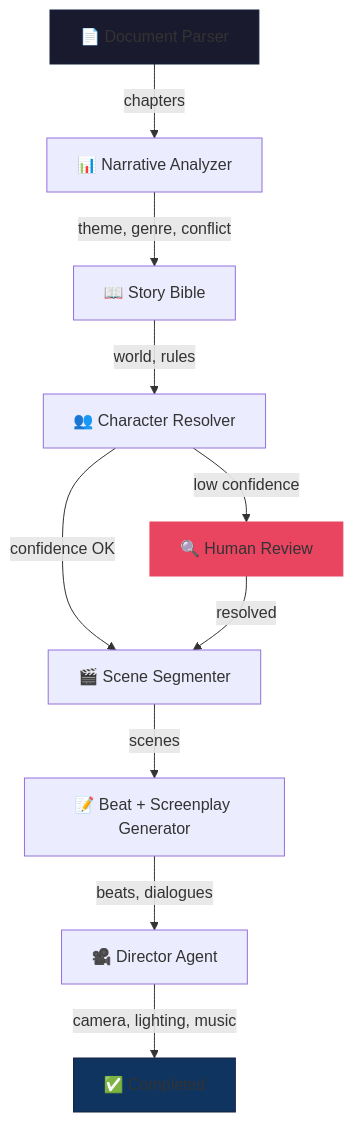
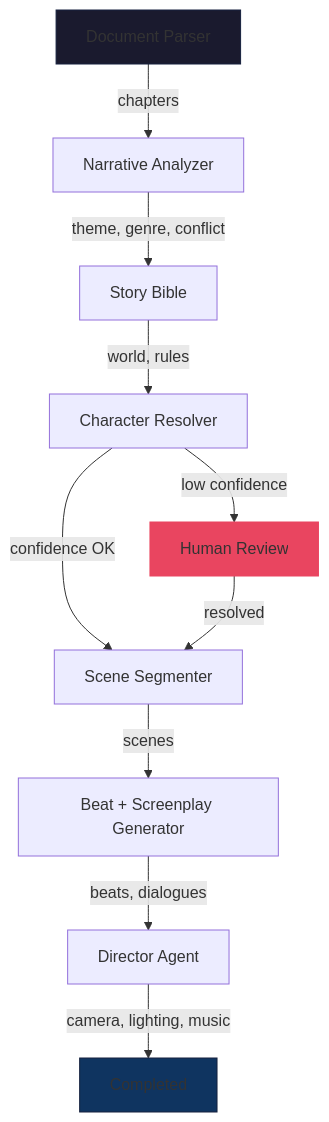
The diagram in README.md (66530/BeatSheet-AI), drawn with Mermaid before and after one commit. The commit also changed other lines of this file, not shown here.

````diff
--- a/README.md
+++ b/README.md
@@ -120,16 +118,16 @@
 ```mermaid
 graph TD
-    A[📄 Document Parser] -->|chapters| B[📊 Narrative Analyzer]
-    B -->|theme, genre, conflict| C[📖 Story Bible]
-    C -->|world, rules| D[👥 Character Resolver]
-    D -->|confidence OK| E[🎬 Scene Segmenter]
-    D -->|low confidence| R[🔍 Human Review]
+    A[Document Parser] -->|chapters| B[Narrative Analyzer]
+    B -->|theme, genre, conflict| C[Story Bible]
+    C -->|world, rules| D[Character Resolver]
+    D -->|confidence OK| E[Scene Segmenter]
+    D -->|low confidence| R[Human Review]
     R -->|resolved| E
-    E -->|scenes| F[📝 Beat + Screenplay Generator]
-    F -->|beats, dialogues| G[🎥 Director Agent]
-    G -->|camera, lighting, music| H[✅ Completed]
+    E -->|scenes| F[Beat + Screenplay Generator]
+    F -->|beats, dialogues| G[Director Agent]
+    G -->|camera, lighting, music| H[Completed]
 
     style A fill:#1a1a2e,stroke:#16213e
     style H fill:#0f3460,stroke:#16213e
     style R fill:#e94560,stroke:#e94560
 ```
````
